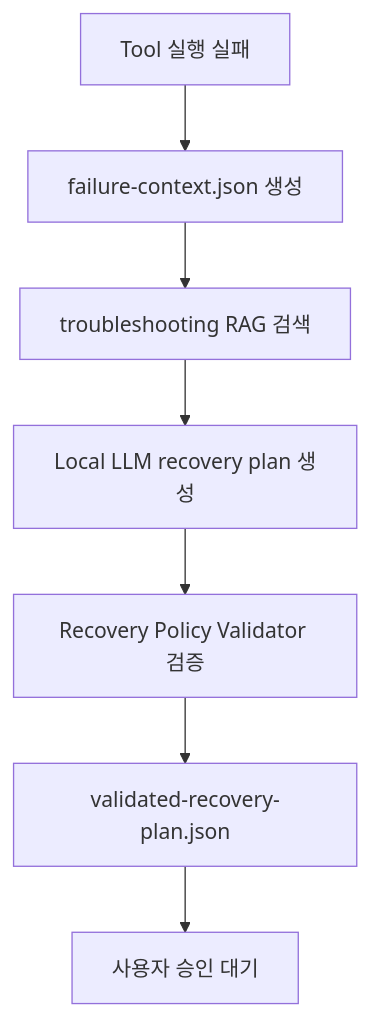
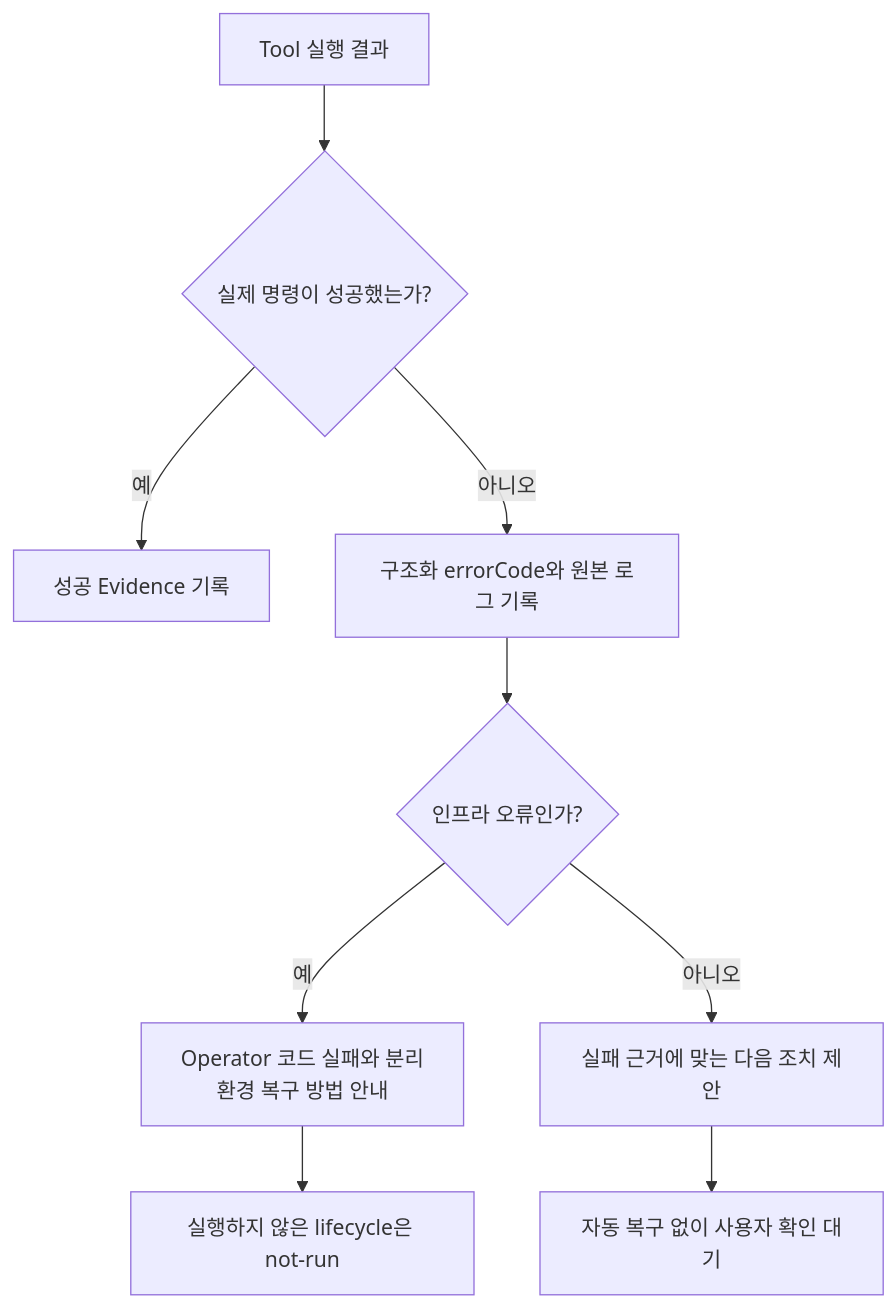
One commit to kuashi17/k8sagent changed the fourth of 4 diagrams in docs/visual-overview.md. Above: the diagram before and after it, drawn with Mermaid. The commit also changed other lines of this file, not shown here.

````diff
--- a/docs/visual-overview.md
+++ b/docs/visual-overview.md
@@ -124,9 +95,11 @@
 ```mermaid
 flowchart TD
-    A["Tool 실행 실패"] --> B["failure-context.json 생성"]
-    B --> C["troubleshooting RAG 검색"]
-    C --> D["Local LLM recovery plan 생성"]
-    D --> E["Recovery Policy Validator 검증"]
-    E --> F["validated-recovery-plan.json"]
-    F --> G["사용자 승인 대기"]
+    T["Tool 실행 결과"] --> Q{"실제 명령이 성공했는가?"}
+    Q -->|예| E["성공 Evidence 기록"]
+    Q -->|아니오| X["구조화 errorCode와 원본 로그 기록"]
+    X --> I{"인프라 오류인가?"}
+    I -->|예| F["Operator 코드 실패와 분리<br/>환경 복구 방법 안내"]
+    I -->|아니오| R["실패 근거에 맞는 다음 조치 제안"]
+    F --> N["실행하지 않은 lifecycle은 not-run"]
+    R --> H["자동 복구 없이 사용자 확인 대기"]
 ```
````
